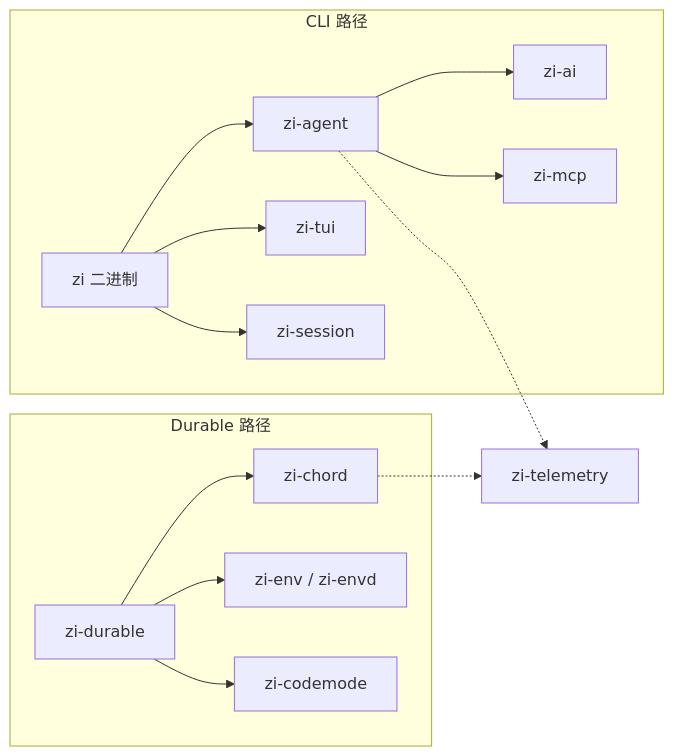
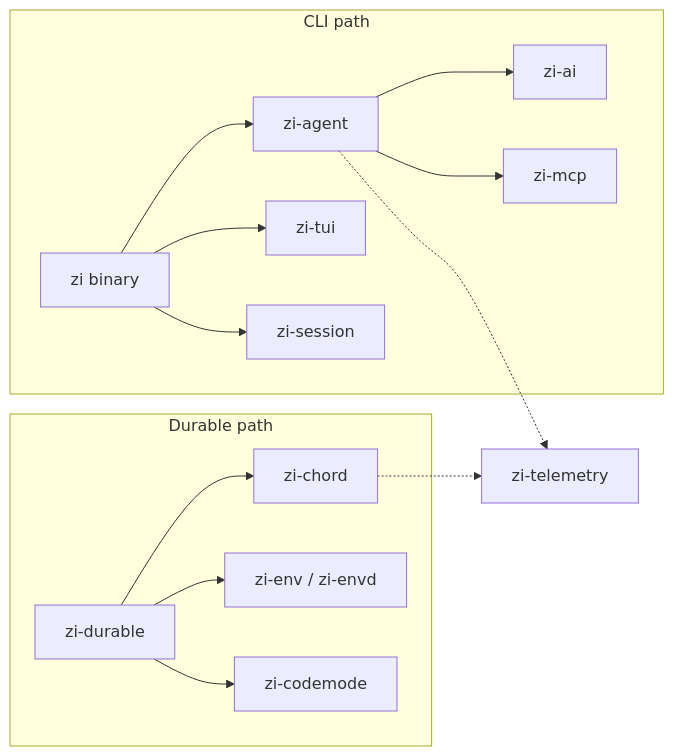
The diagram in README.md (myopz/zi), drawn with Mermaid before and after one commit. The commit also changed other lines of this file and 4 other files, not shown here.

````diff
--- a/README.md
+++ b/README.md
@@ -5,27 +29,27 @@
 ```mermaid
 flowchart LR
-  subgraph cli [CLI 路径]
-    ZI[zi 二进制]
+  subgraph cli [CLI path]
+    ZI[zi binary]
     AGENT[zi-agent]
     AI[zi-ai]
     TUI[zi-tui]
     SESS[zi-session]
     MCP[zi-mcp]
     ZI --> AGENT --> AI
     ZI --> TUI
     ZI --> SESS
     AGENT --> MCP
   end
-  subgraph durable [Durable 路径]
+  subgraph durable [Durable path]
     DUR[zi-durable]
     CHORD[zi-chord]
     ENV[zi-env / zi-envd]
     CODE[zi-codemode]
     DUR --> CHORD
     DUR --> ENV
     DUR --> CODE
   end
   TEL[zi-telemetry]
   AGENT -.-> TEL
   CHORD -.-> TEL
 ```
````
